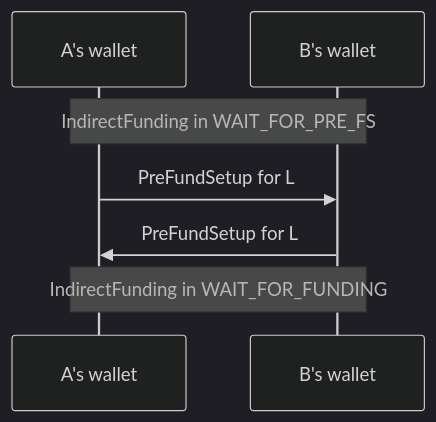
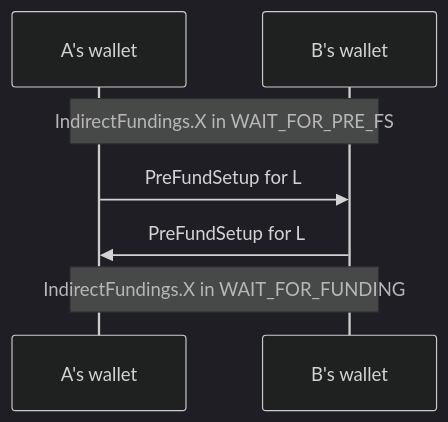
One commit to magmo/apps changed the third of 4 diagrams in packages/wallet/notes/indirect_funding_proposal.md. Above: the diagram before and after it, drawn with Mermaid (dark theme). The commit also changed other lines of this file, not shown here.

````diff
--- a/packages/wallet/notes/indirect_funding_proposal.md
+++ b/packages/wallet/notes/indirect_funding_proposal.md
@@ -61,12 +63,12 @@
 ```mermaid
 sequenceDiagram
     participant wltA as A's wallet
     participant wltB as B's wallet
 
-    Note over wltA, wltB: IndirectFunding in WAIT_FOR_PRE_FS
+    Note over wltA, wltB: IndirectFundings.X in WAIT_FOR_PRE_FS
 
     wltA->>wltB: PreFundSetup for L
     wltB->>wltA: PreFundSetup for L
 
-    Note over wltA, wltB: IndirectFunding in WAIT_FOR_FUNDING
+    Note over wltA, wltB: IndirectFundings.X in WAIT_FOR_FUNDING
 ```
````
